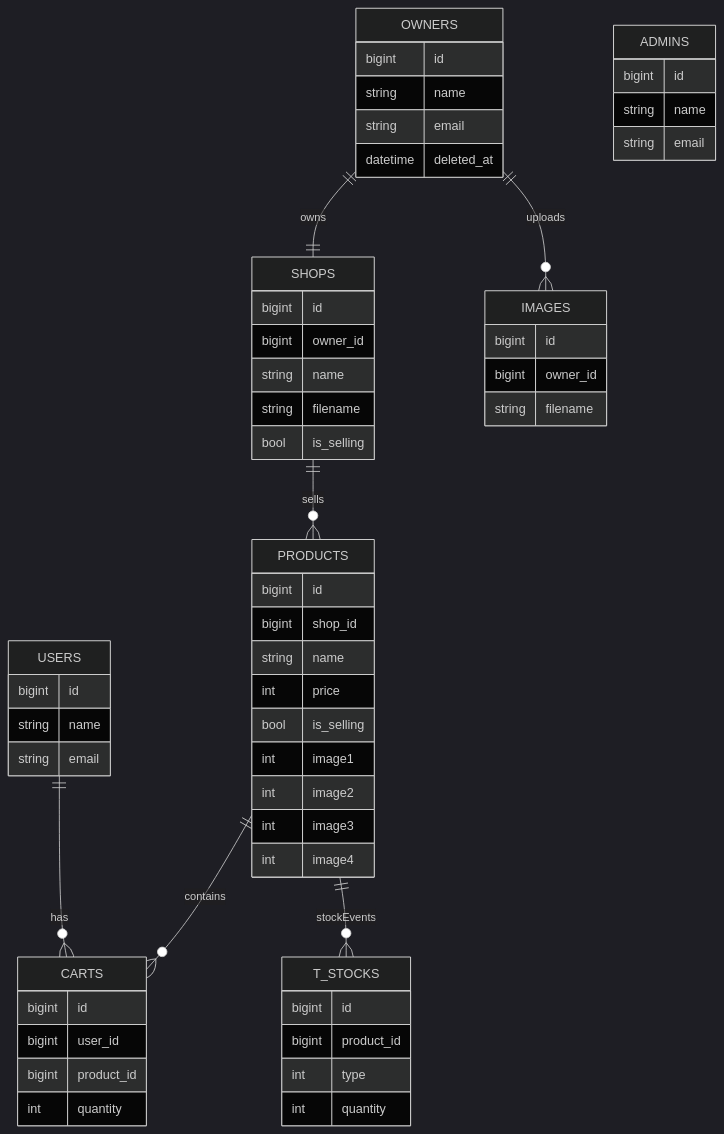
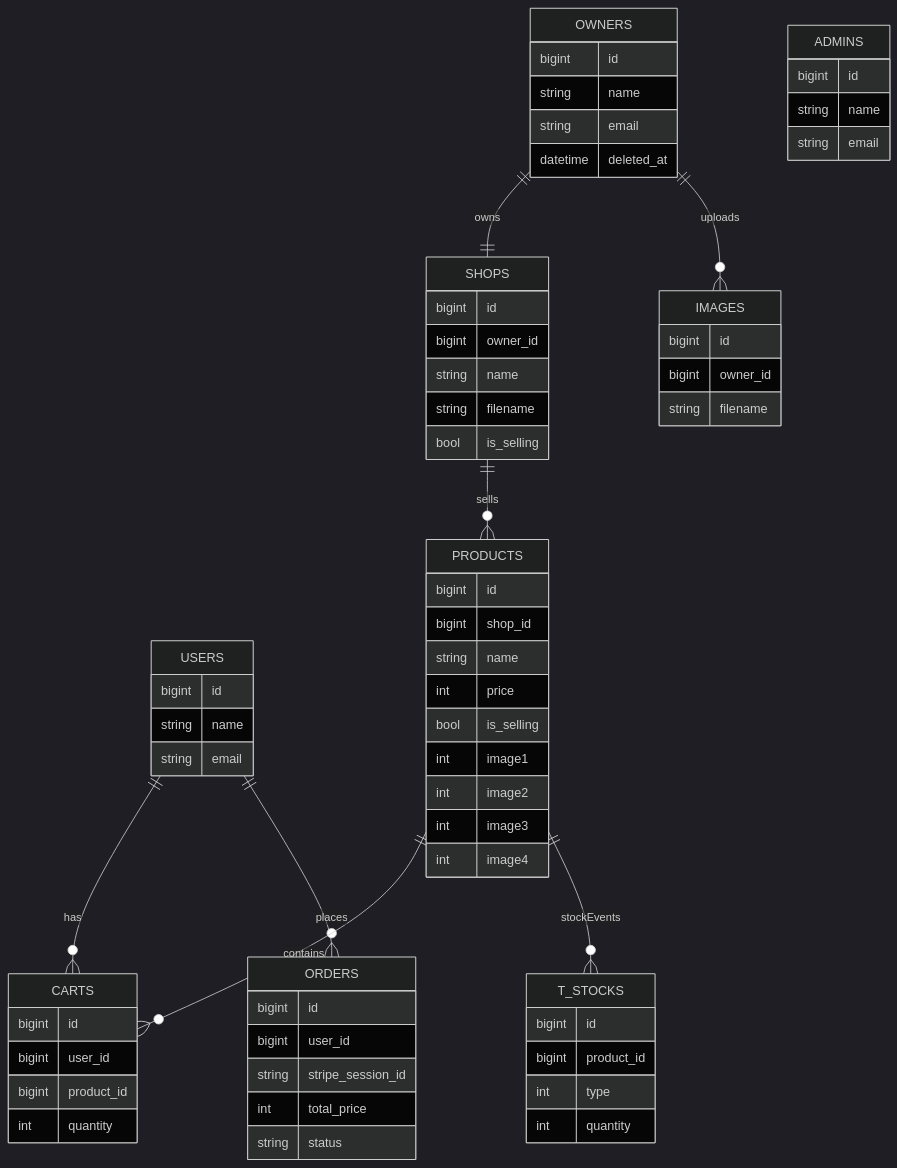
One commit to Hirotake-Shiraishi/laravel_umarche changed the first of 2 diagrams in README.md. Above: the diagram before and after it, drawn with Mermaid (dark theme). The commit also changed other lines of this file, not shown here.

Commit message:
READMEに追記 / Stripe Webhook による決済完了処理機能

````diff
--- a/README.md
+++ b/README.md
@@ -105,61 +113,69 @@
 ```mermaid
 erDiagram
   USERS ||--o{ CARTS : has
+  USERS ||--o{ ORDERS : places
   PRODUCTS ||--o{ CARTS : contains
   OWNERS ||--|| SHOPS : owns
   SHOPS ||--o{ PRODUCTS : sells
   OWNERS ||--o{ IMAGES : uploads
   PRODUCTS ||--o{ T_STOCKS : stockEvents
 
   USERS {
     bigint id
     string name
     string email
   }
   OWNERS {
     bigint id
     string name
     string email
     datetime deleted_at
   }
   ADMINS {
     bigint id
     string name
     string email
   }
   SHOPS {
     bigint id
     bigint owner_id
     string name
     string filename
     bool is_selling
   }
   PRODUCTS {
     bigint id
     bigint shop_id
     string name
     int price
     bool is_selling
     int image1
     int image2
     int image3
     int image4
   }
   IMAGES {
     bigint id
     bigint owner_id
     string filename
   }
   CARTS {
     bigint id
     bigint user_id
     bigint product_id
     int quantity
   }
   T_STOCKS {
     bigint id
     bigint product_id
     int type
     int quantity
   }
+  ORDERS {
+    bigint id
+    bigint user_id
+    string stripe_session_id
+    int total_price
+    string status
+  }
 ```
````
